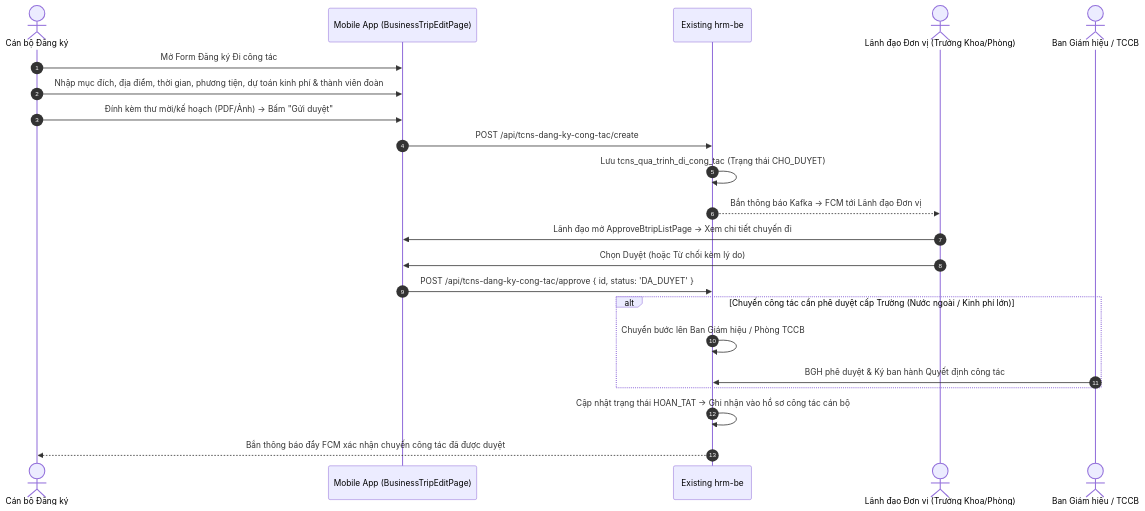
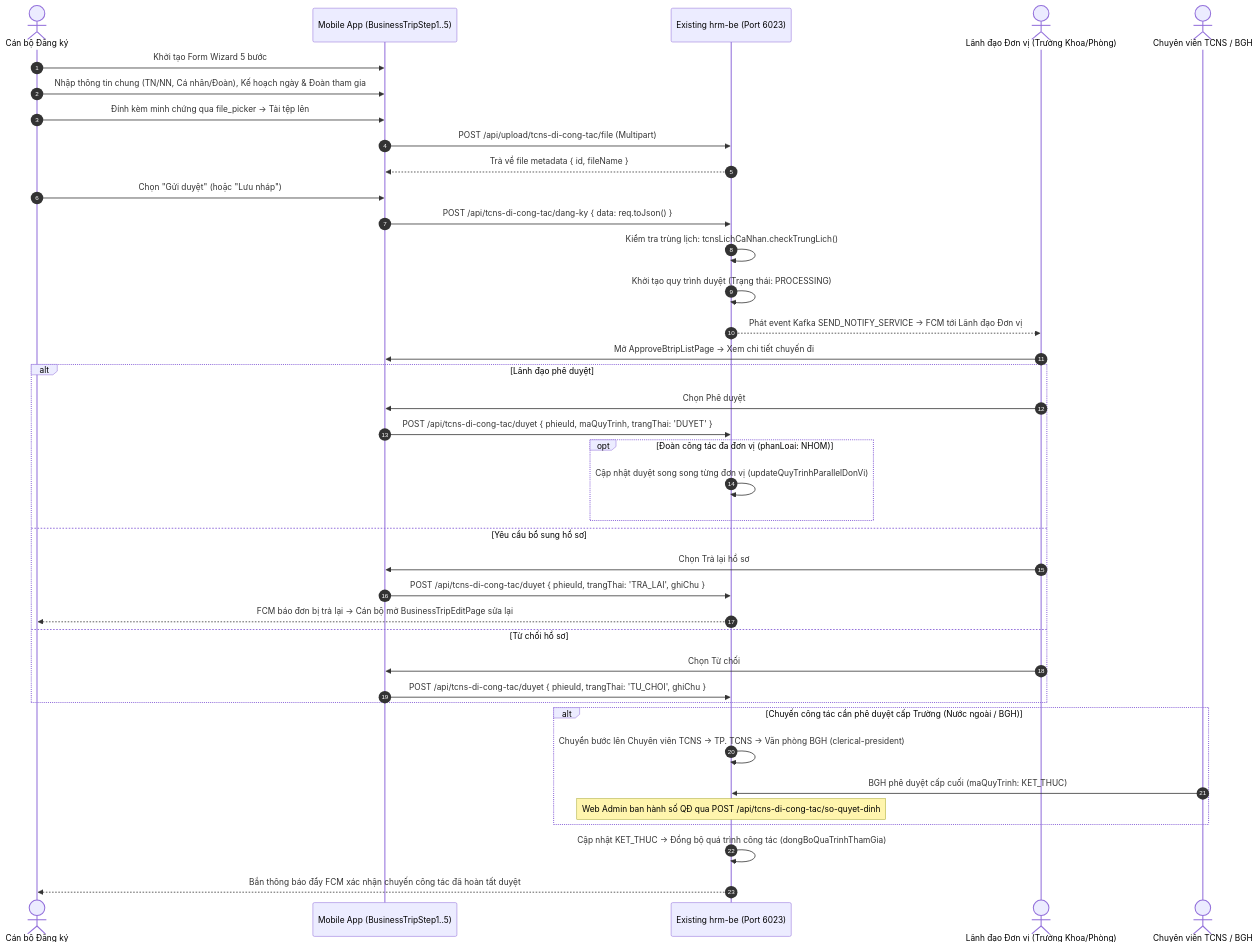
Before and after one commit to xchinh/Report-DATN: the fifth of 7 diagrams in docs/SYSTEM_OPERATION.md, drawn with Mermaid. The commit also changed other lines of this file and 68 other files, not shown here.

````diff
--- a/docs/SYSTEM_OPERATION.md
+++ b/docs/SYSTEM_OPERATION.md
@@ -192,28 +367,46 @@
 ```mermaid
 sequenceDiagram
     autonumber
     actor CB as Cán bộ Đăng ký
-    participant Mobile as Mobile App (BusinessTripEditPage)
-    participant HRM as Existing hrm-be
+    participant Mobile as Mobile App (BusinessTripStep1..5)
+    participant HRM as Existing hrm-be (Port 6023)
     actor QL as Lãnh đạo Đơn vị (Trưởng Khoa/Phòng)
-    actor BGH as Ban Giám hiệu / TCCB
+    actor TCNS as Chuyên viên TCNS / BGH
 
-    CB->>Mobile: Mở Form Đăng ký Đi công tác
-    CB->>Mobile: Nhập mục đích, địa điểm, thời gian, phương tiện, dự toán kinh phí & thành viên đoàn
-    CB->>Mobile: Đính kèm thư mời/kế hoạch (PDF/Ảnh) -> Bấm "Gửi duyệt"
-    Mobile->>HRM: POST /api/tcns-dang-ky-cong-tac/create
-    HRM->>HRM: Lưu tcns_qua_trinh_di_cong_tac (Trạng thái CHO_DUYET)
-    HRM-->>QL: Bắn thông báo Kafka -> FCM tới Lãnh đạo Đơn vị
+    CB->>Mobile: Khởi tạo Form Wizard 5 bước
+    CB->>Mobile: Nhập thông tin chung (TN/NN, Cá nhân/Đoàn), Kế hoạch ngày & Đoàn tham gia
+    CB->>Mobile: Đính kèm minh chứng qua file_picker -> Tải tệp lên
+    Mobile->>HRM: POST /api/upload/tcns-di-cong-tac/file (Multipart)
+    HRM-->>Mobile: Trả về file metadata { id, fileName }
     
-    QL->>Mobile: Lãnh đạo mở ApproveBtripListPage -> Xem chi tiết chuyến đi
-    QL->>Mobile: Chọn Duyệt (hoặc Từ chối kèm lý do)
-    Mobile->>HRM: POST /api/tcns-dang-ky-cong-tac/approve { id, status: 'DA_DUYET' }
+    CB->>Mobile: Chọn "Gửi duyệt" (hoặc "Lưu nháp")
+    Mobile->>HRM: POST /api/tcns-di-cong-tac/dang-ky { data: req.toJson() }
+    HRM->>HRM: Kiểm tra trùng lịch: tcnsLichCaNhan.checkTrungLich()
+    HRM->>HRM: Khởi tạo quy trình duyệt (Trạng thái: PROCESSING)
+    HRM-->>QL: Phát event Kafka SEND_NOTIFY_SERVICE -> FCM tới Lãnh đạo Đơn vị
     
-    alt Chuyến công tác cần phê duyệt cấp Trường (Nước ngoài / Kinh phí lớn)
-        HRM->>HRM: Chuyển bước lên Ban Giám hiệu / Phòng TCCB
-        BGH->>HRM: BGH phê duyệt & Ký ban hành Quyết định công tác
+    QL->>Mobile: Mở ApproveBtripListPage -> Xem chi tiết chuyến đi
+    alt Lãnh đạo phê duyệt
+        QL->>Mobile: Chọn Phê duyệt
+        Mobile->>HRM: POST /api/tcns-di-cong-tac/duyet { phieuId, maQuyTrinh, trangThai: 'DUYET' }
+        opt Đoàn công tác đa đơn vị (phanLoai: NHOM)
+            HRM->>HRM: Cập nhật duyệt song song từng đơn vị (updateQuyTrinhParallelDonVi)
+        end
+    else Yêu cầu bổ sung hồ sơ
+        QL->>Mobile: Chọn Trả lại hồ sơ
+        Mobile->>HRM: POST /api/tcns-di-cong-tac/duyet { phieuId, trangThai: 'TRA_LAI', ghiChu }
+        HRM-->>CB: FCM báo đơn bị trả lại -> Cán bộ mở BusinessTripEditPage sửa lại
+    else Từ chối hồ sơ
+        QL->>Mobile: Chọn Từ chối
+        Mobile->>HRM: POST /api/tcns-di-cong-tac/duyet { phieuId, trangThai: 'TU_CHOI', ghiChu }
     end
     
-    HRM->>HRM: Cập nhật trạng thái HOAN_TAT -> Ghi nhận vào hồ sơ công tác cán bộ
-    HRM-->>CB: Bắn thông báo đẩy FCM xác nhận chuyến công tác đã được duyệt
+    alt Chuyến công tác cần phê duyệt cấp Trường (Nước ngoài / BGH)
+        HRM->>HRM: Chuyển bước lên Chuyên viên TCNS -> TP. TCNS -> Văn phòng BGH (clerical-president)
+        TCNS->>HRM: BGH phê duyệt cấp cuối (maQuyTrinh: KET_THUC)
+        Note over HRM: Web Admin ban hành số QĐ qua POST /api/tcns-di-cong-tac/so-quyet-dinh
+    end
+    
+    HRM->>HRM: Cập nhật KET_THUC -> Đồng bộ quá trình công tác (dongBoQuaTrinhThamGia)
+    HRM-->>CB: Bắn thông báo đẩy FCM xác nhận chuyến công tác đã hoàn tất duyệt
 ```
````
